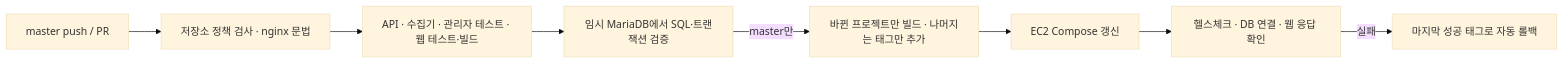
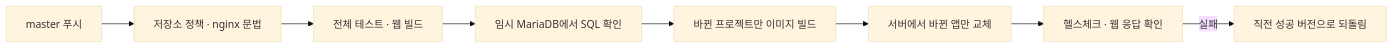
Before and after one commit to hyunyoul1004/toady: the second of 2 diagrams in README.md, drawn with Mermaid (base theme). The commit also changed other lines of this file and 4 other files, not shown here.

````diff
--- a/README.md
+++ b/README.md
@@ -130,10 +134,10 @@
 ```mermaid
 flowchart LR
-    Push[master push / PR] --> Check[저장소 정책 검사 · nginx 문법]
-    Check --> Test[API · 수집기 · 관리자 테스트 · 웹 테스트·빌드]
-    Test --> Maria[임시 MariaDB에서 SQL·트랜잭션 검증]
-    Maria -->|master만| Image[바뀐 프로젝트만 빌드 · 나머지는 태그만 추가]
-    Image --> Deploy[EC2 Compose 갱신]
-    Deploy --> Verify[헬스체크 · DB 연결 · 웹 응답 확인]
-    Verify -->|실패| Rollback[마지막 성공 태그로 자동 롤백]
+    Push[master 푸시] --> Check[저장소 정책 · nginx 문법]
+    Check --> Test[전체 테스트 · 웹 빌드]
+    Test --> Maria[임시 MariaDB에서 SQL 확인]
+    Maria --> Image[바뀐 프로젝트만 이미지 빌드]
+    Image --> Deploy[서버에서 바뀐 앱만 교체]
+    Deploy --> Verify[헬스체크 · 웹 응답 확인]
+    Verify -->|실패| Rollback[직전 성공 버전으로 되돌림]
 ```
````
